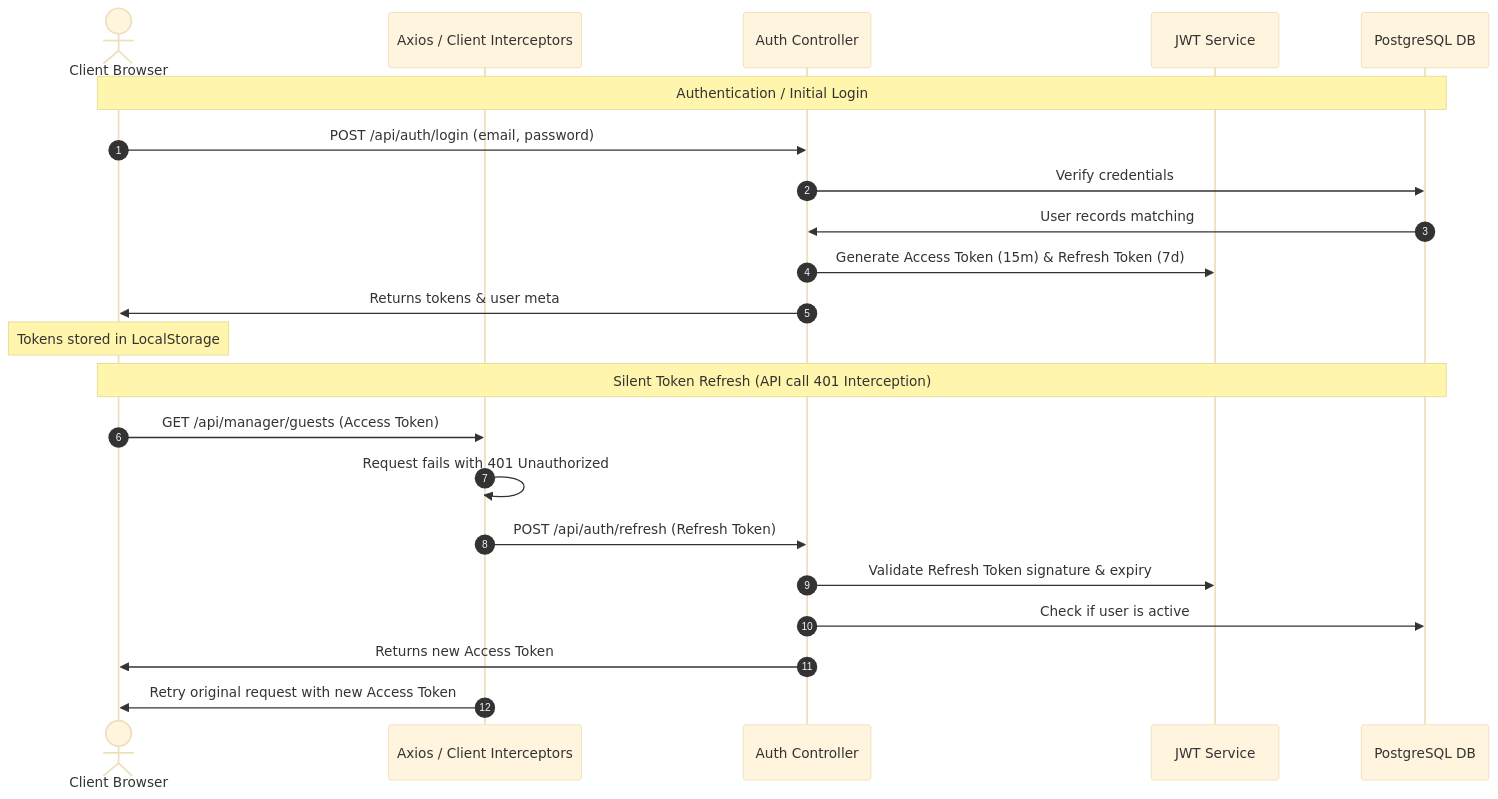
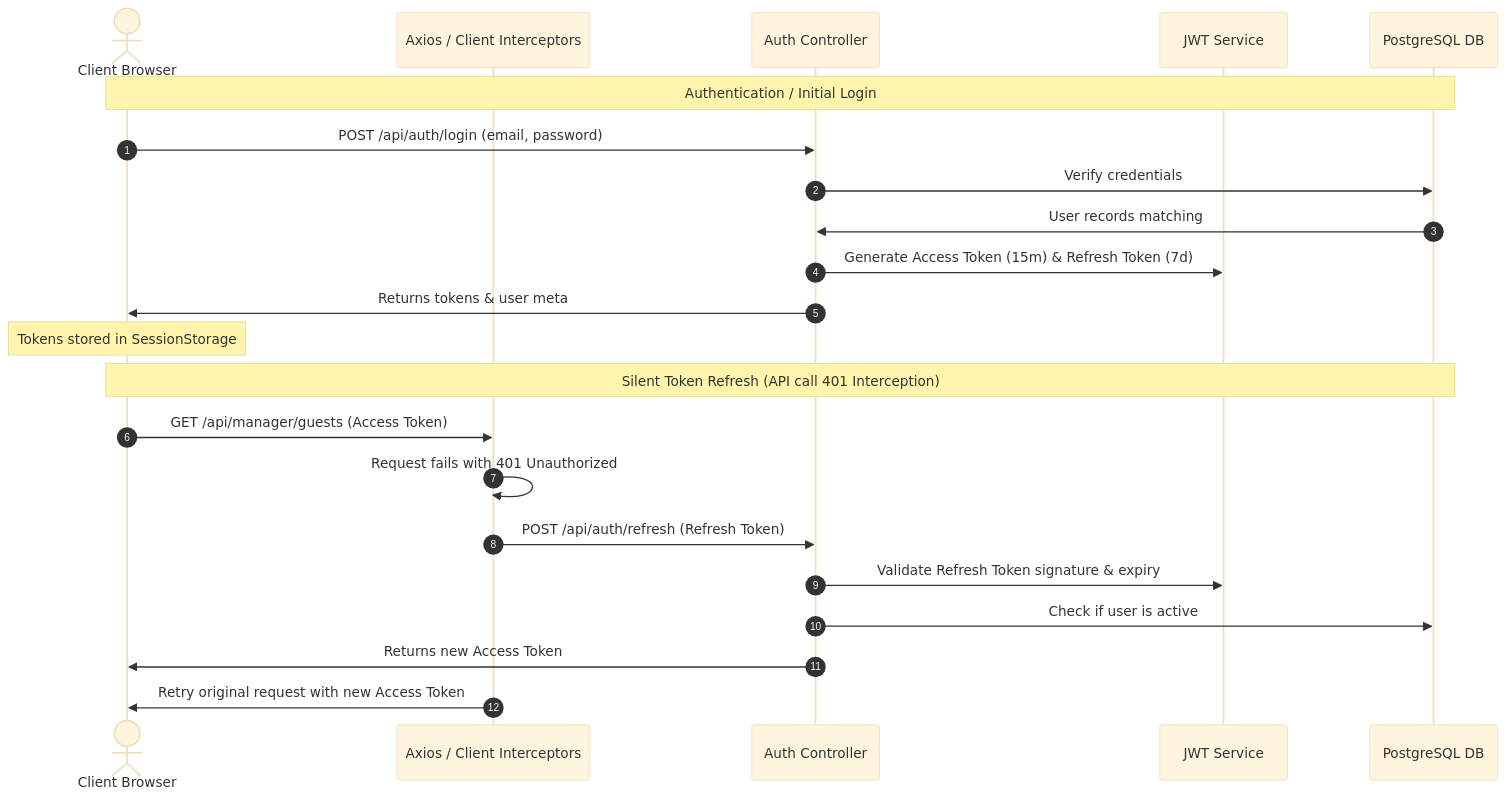
One commit to rahul-0906/PG-Project changed the first of 20 diagrams in WORKFLOWS.md. Above: the diagram before and after it, drawn with Mermaid (base theme). The commit also changed other lines of this file and 3 other files, not shown here.

Commit message:
docs: update system documentation to reflect sessionStorage migration, docker-compose healthchecks, and minimalist UI changes

````diff
--- a/WORKFLOWS.md
+++ b/WORKFLOWS.md
@@ -10,26 +10,26 @@
 ```mermaid
 sequenceDiagram
     autonumber
     actor User as Client Browser
     participant API as Axios / Client Interceptors
     participant Auth as Auth Controller
     participant JWT as JWT Service
     participant DB as PostgreSQL DB
 
     Note over User, DB: Authentication / Initial Login
     User->>Auth: POST /api/auth/login (email, password)
     Auth->>DB: Verify credentials
     DB->>Auth: User records matching
     Auth->>JWT: Generate Access Token (15m) & Refresh Token (7d)
     Auth->>User: Returns tokens & user meta
-    Note over User: Tokens stored in LocalStorage
+    Note over User: Tokens stored in SessionStorage
 
     Note over User, DB: Silent Token Refresh (API call 401 Interception)
     User->>API: GET /api/manager/guests (Access Token)
     API->>API: Request fails with 401 Unauthorized
     API->>Auth: POST /api/auth/refresh (Refresh Token)
     Auth->>JWT: Validate Refresh Token signature & expiry
     Auth->>DB: Check if user is active
     Auth->>User: Returns new Access Token
     API->>User: Retry original request with new Access Token
 ```
````
